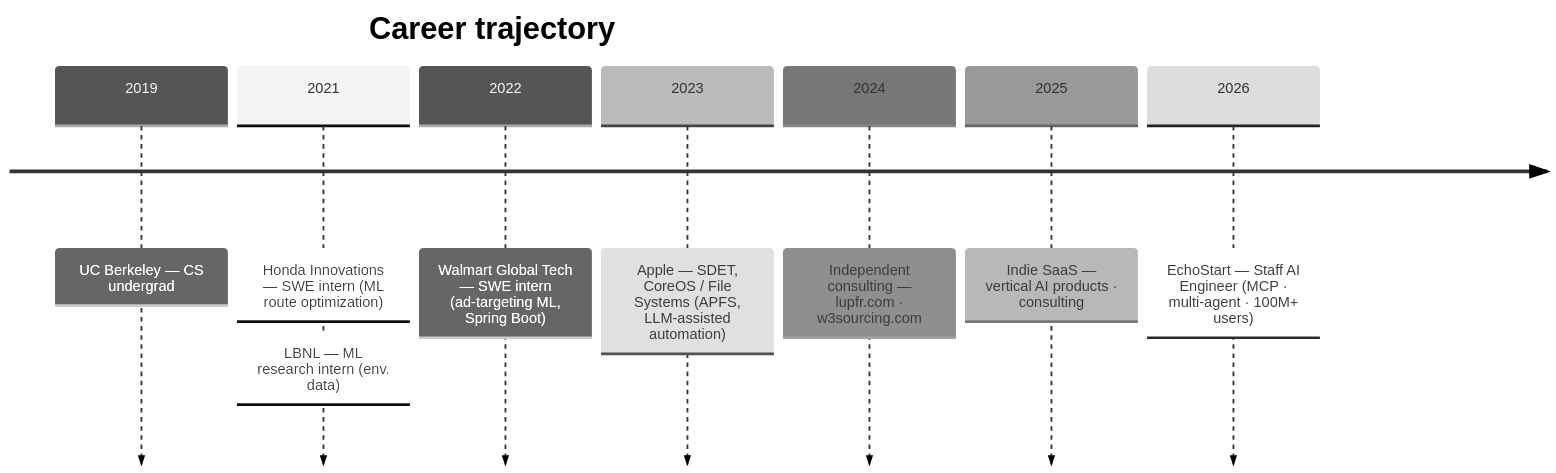
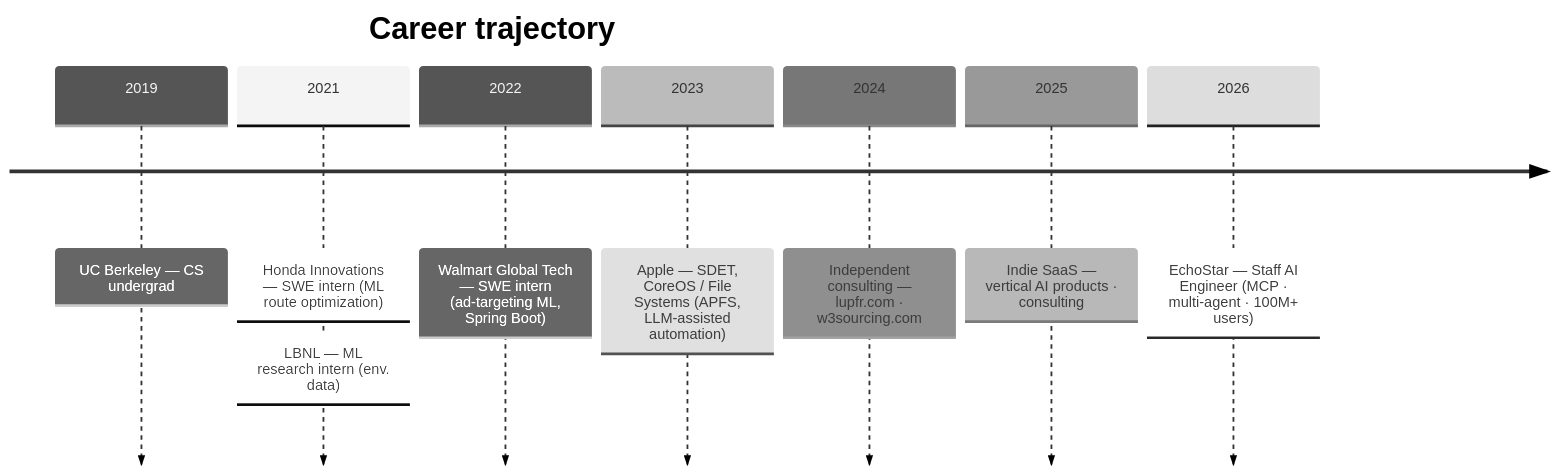
Before and after one commit to ml-lubich/ml-lubich: the second of 3 diagrams in README.md, drawn with Mermaid (neutral theme). The commit also changed other lines of this file and 1 other file, not shown here.

First line of the commit message:
docs(profile): correct company to EchoStar

````diff
--- a/README.md
+++ b/README.md
@@ -138,12 +138,12 @@
 ```mermaid
 timeline
     title Career trajectory
     2019 : UC Berkeley — CS undergrad
     2021 : Honda Innovations — SWE intern (ML route optimization)
          : LBNL — ML research intern (env. data)
     2022 : Walmart Global Tech — SWE intern (ad-targeting ML, Spring Boot)
     2023 : Apple — SDET, CoreOS / File Systems (APFS, LLM-assisted automation)
     2024 : Independent consulting — lupfr.com · w3sourcing.com
     2025 : Indie SaaS — vertical AI products · consulting
-    2026 : EchoStart — Staff AI Engineer (MCP · multi-agent · 100M+ users)
+    2026 : EchoStar — Staff AI Engineer (MCP · multi-agent · 100M+ users)
 ```
````
